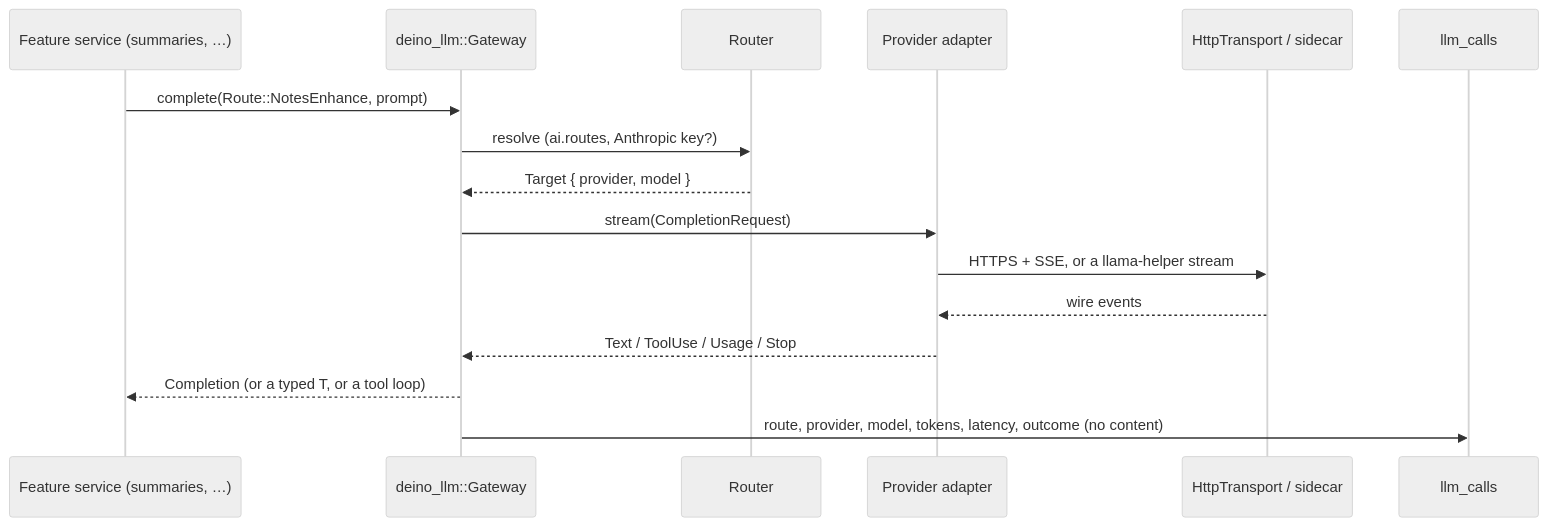
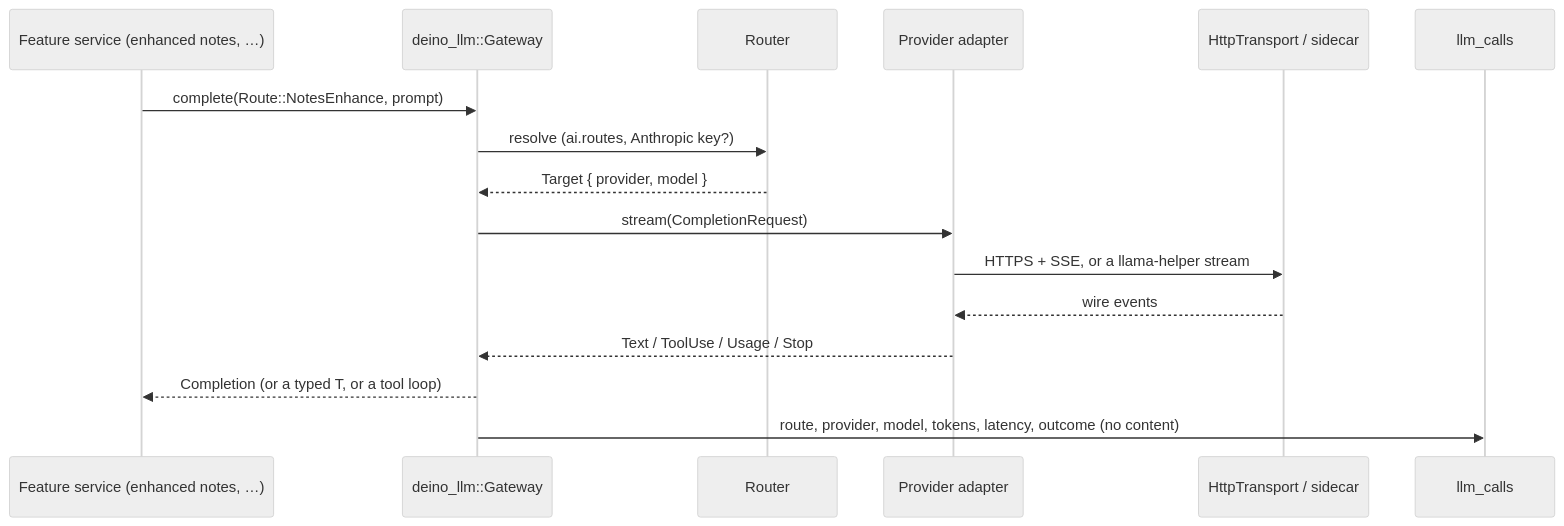
Before and after one commit to xenshreyas/Deino: the fifth of 8 diagrams in docs/ARCHITECTURE.md, drawn with Mermaid (neutral theme). The commit also changed other lines of this file and 7 other files, not shown here.

Commit message:
docs: NOT-02/NOT-03 ADR 0030, architecture, plan progress and follow-ups

````diff
--- a/docs/ARCHITECTURE.md
+++ b/docs/ARCHITECTURE.md
@@ -285,18 +305,18 @@
 ```mermaid
 sequenceDiagram
-  participant Caller as Feature service (summaries, …)
+  participant Caller as Feature service (enhanced notes, …)
   participant Gateway as deino_llm::Gateway
   participant Router
   participant Provider as Provider adapter
   participant Net as HttpTransport / sidecar
   participant Usage as llm_calls
   Caller->>Gateway: complete(Route::NotesEnhance, prompt)
   Gateway->>Router: resolve (ai.routes, Anthropic key?)
   Router-->>Gateway: Target { provider, model }
   Gateway->>Provider: stream(CompletionRequest)
   Provider->>Net: HTTPS + SSE, or a llama-helper stream
   Net-->>Provider: wire events
   Provider-->>Gateway: Text / ToolUse / Usage / Stop
   Gateway-->>Caller: Completion (or a typed T, or a tool loop)
   Gateway->>Usage: route, provider, model, tokens, latency, outcome (no content)
 ```
````
